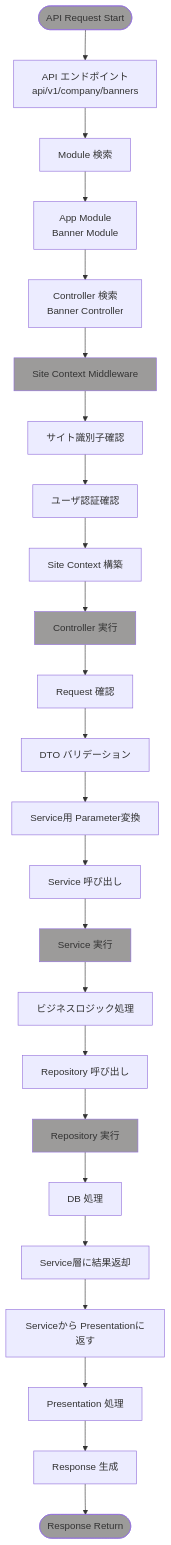
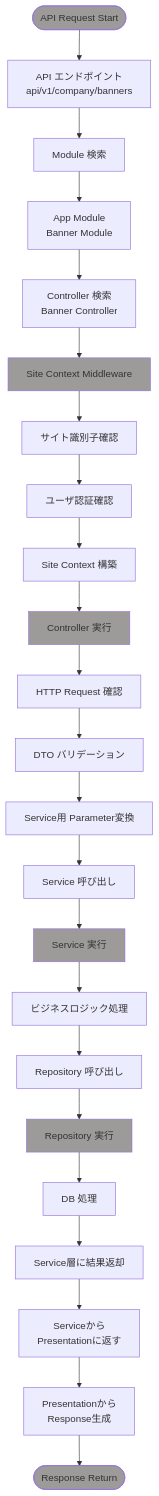
The diagram in 1.実装説明.md (fure0/layered_architecture_memo), drawn with Mermaid before and after one commit. The commit also changed other lines of this file and 6 other files, not shown here.

````diff
--- a/1.実装説明.md
+++ b/1.実装説明.md
@@ -203,64 +210,62 @@
 ```mermaid
 flowchart TD
     Start([API Request Start])
     End([Response Return])
     
     A[API エンドポイント<br/>api/v1/company/banners]
     B[Module 検索]
     C[App Module<br/>Banner Module]
     D[Controller 検索<br/>Banner Controller]
     
     M[Site Context Middleware]
     M1[サイト識別子確認]
     M2[ユーザ認証確認]
     M3[Site Context 構築]
     
     E[Controller 実行]
-    E1[Request 確認]
+    E1[HTTP Request 確認]
     E2[DTO バリデーション]
     E3[Service用 Parameter変換]
     
     F[Service 呼び出し]
     G[Service 実行]
     G1[ビジネスロジック処理]
     G2[Repository 呼び出し]
     
     H[Repository 実行]
     H1[DB 処理]
     H2[Service層に結果返却]
     
-    I[Serviceから Presentationに返す]
-    J[Presentation 処理]
-    J1[Response 生成]
+    I[Serviceから<br/>Presentationに返す]
+    J[Presentationから<br/>Response生成]
     
     Start --> A
     A --> B
     B --> C
     C --> D
     D --> M
     M --> M1
     M1 --> M2
     M2 --> M3
     M3 --> E
     E --> E1
     E1 --> E2
     E2 --> E3
     E3 --> F
     F --> G
     G --> G1
     G1 --> G2
     G2 --> H
     H --> H1
     H1 --> H2
     H2 --> I
     I --> J
-    J --> J1
-    J1 --> End
-    
+    J --> End
+
     style Start fill:#9C9B9A
     style End fill:#9C9B9A
     style M fill:#9C9B9A
     style E fill:#9C9B9A
     style G fill:#9C9B9A
     style H fill:#9C9B9A
 ```
````
